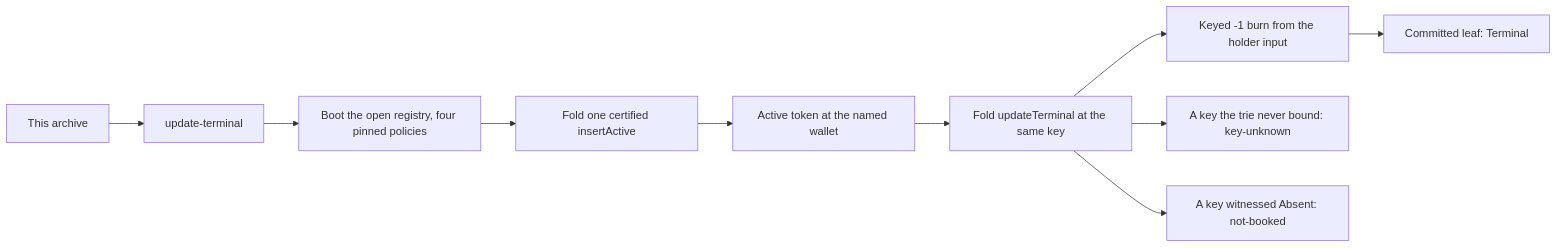
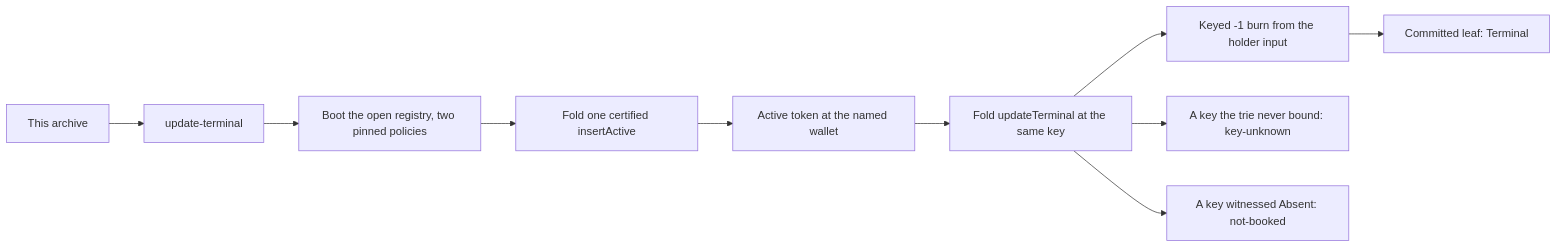
The diagram in onchain-release/UPDATE-TERMINAL.md (lambdasistemi/singular), drawn with Mermaid before and after one commit. The commit also changed other lines of this file and 59 other files, not shown here.

````diff
--- a/onchain-release/UPDATE-TERMINAL.md
+++ b/onchain-release/UPDATE-TERMINAL.md
@@ -21,12 +21,12 @@
 ```mermaid
 flowchart LR
   Archive[This archive] --> Command[update-terminal]
-  Command --> Boot[Boot the open registry, four pinned policies]
+  Command --> Boot[Boot the open registry, two pinned policies]
   Boot --> Insert[Fold one certified insertActive]
   Insert --> Wallet[Active token at the named wallet]
   Wallet --> Retire[Fold updateTerminal at the same key]
   Retire --> Burn[Keyed -1 burn from the holder input]
   Burn --> Leaf[Committed leaf: Terminal]
   Retire --> Unknown[A key the trie never bound: key-unknown]
   Retire --> Absent[A key witnessed Absent: not-booked]
 ```
````
